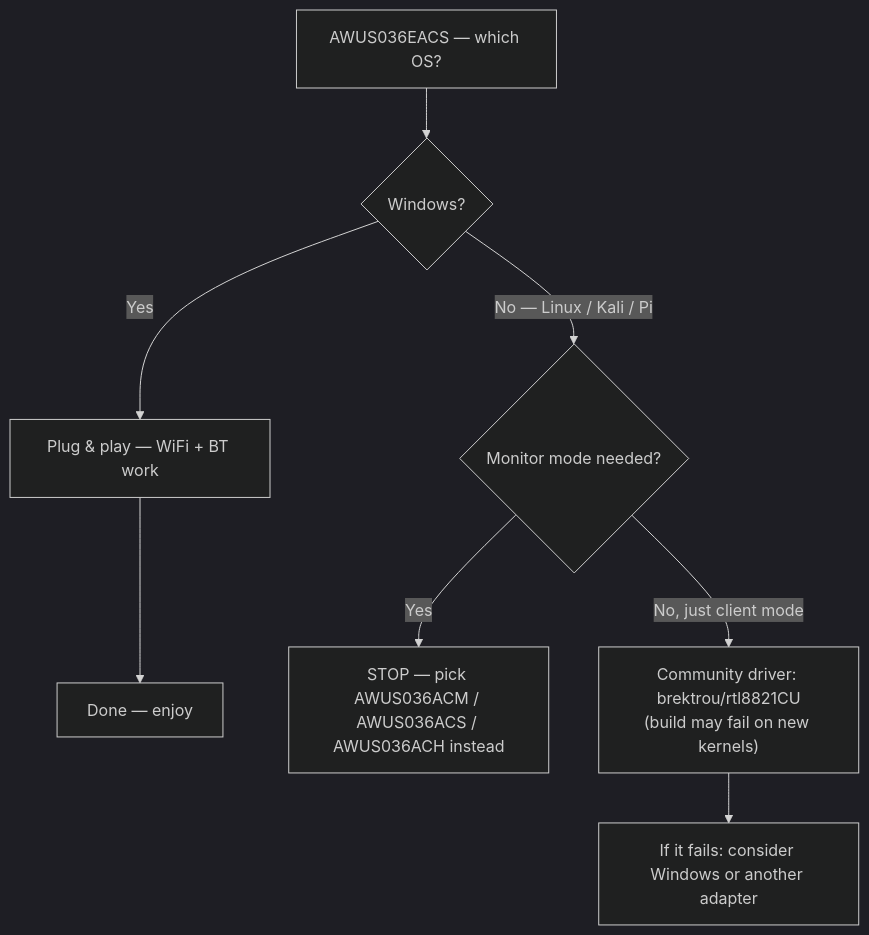
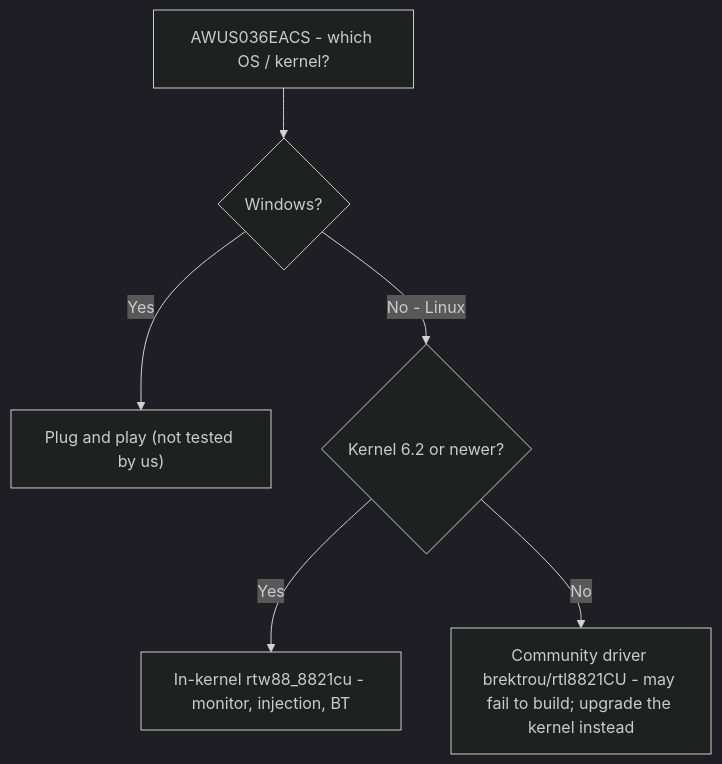
Before and after one commit to yopitek/yupitek-wiki: the diagram in docs/01-alfa-network/drivers/rtl8821cu/index.md, drawn with Mermaid (dark theme). The commit also changed other lines of this file and 108 other files, not shown here.

````diff
--- a/docs/01-alfa-network/drivers/rtl8821cu/index.md
+++ b/docs/01-alfa-network/drivers/rtl8821cu/index.md
@@ -26,10 +27,8 @@
 ```mermaid
 flowchart TD
-    A["AWUS036EACS — which OS?"] --> B{"Windows?"}
-    B -->|"Yes"| C["Plug & play — WiFi + BT work"]
-    C --> D["Done — enjoy"]
-    B -->|"No — Linux / Kali / Pi"| E{"Monitor mode needed?"}
-    E -->|"Yes"| F["STOP — pick AWUS036ACM / AWUS036ACS / AWUS036ACH instead"]
-    E -->|"No, just client mode"| G["Community driver: brektrou/rtl8821CU<br/>(build may fail on new kernels)"]
-    G --> H["If it fails: consider Windows or another adapter"]
+    A["AWUS036EACS - which OS / kernel?"] --> B{"Windows?"}
+    B -->|"Yes"| C["Plug and play (not tested by us)"]
+    B -->|"No - Linux"| D{"Kernel 6.2 or newer?"}
+    D -->|"Yes"| E["In-kernel rtw88_8821cu - monitor, injection, BT"]
+    D -->|"No"| F["Community driver brektrou/rtl8821CU - may fail to build; upgrade the kernel instead"]
 ```
````
